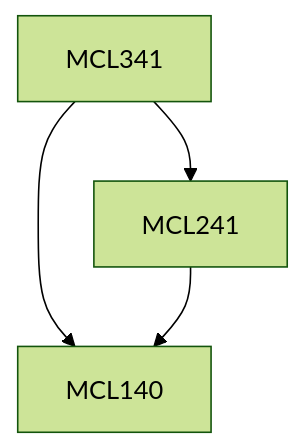
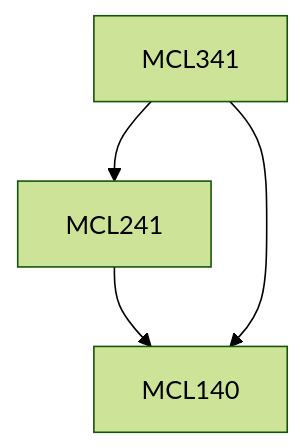
One commit to KeshavBansal0122/CoS_Website changed the diagram in content/Mechanical Engineering/MCL341.md. Above: the diagram before and after it, drawn with Mermaid (forest theme). The commit also changed other lines of this file and 2662 other files, not shown here.

````diff
--- a/content/Mechanical Engineering/MCL341.md
+++ b/content/Mechanical Engineering/MCL341.md
@@ -13,10 +13,10 @@
 ```mermaid
 flowchart TD
 MCL341-456[MCL341]
-MCL341-456 --> MCL140-456[MCL140]
 MCL241-456 --> MCL140-456[MCL140]
 MCL341-456 --> MCL241-456[MCL241]
+MCL341-456 --> MCL140-456[MCL140]
 
 classDef empty height:17px, fill:transparent, stroke:transparent;
 classDef trueEmpty height:0px, width:0px;
 ```
````
